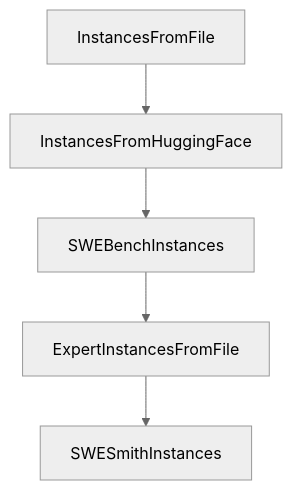
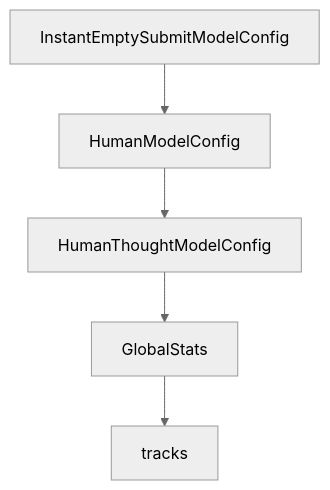
The diagram in tutorials/swe-agent-tutorial/03-cli-workflows-and-usage-modes.md (johnxie/awesome-code-docs), drawn with Mermaid (neutral theme) before and after one commit. The commit also changed other lines of this file and 1232 other files, not shown here.

````diff
--- a/tutorials/swe-agent-tutorial/03-cli-workflows-and-usage-modes.md
+++ b/tutorials/swe-agent-tutorial/03-cli-workflows-and-usage-modes.md
@@ -212,12 +210,12 @@
 ```mermaid
 flowchart TD
-    A[InstancesFromFile]
-    B[InstancesFromHuggingFace]
-    C[SWEBenchInstances]
-    D[ExpertInstancesFromFile]
-    E[SWESmithInstances]
+    A[InstantEmptySubmitModelConfig]
+    B[HumanModelConfig]
+    C[HumanThoughtModelConfig]
+    D[GlobalStats]
+    E[tracks]
     A --> B
     B --> C
     C --> D
     D --> E
 ```
````
